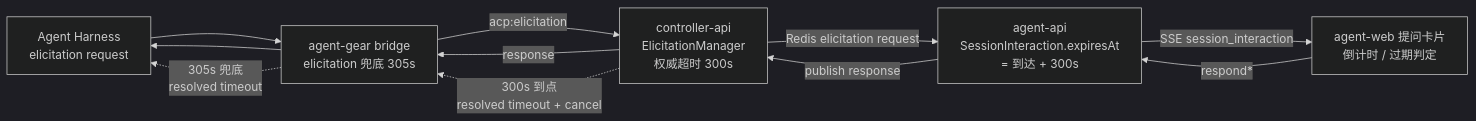
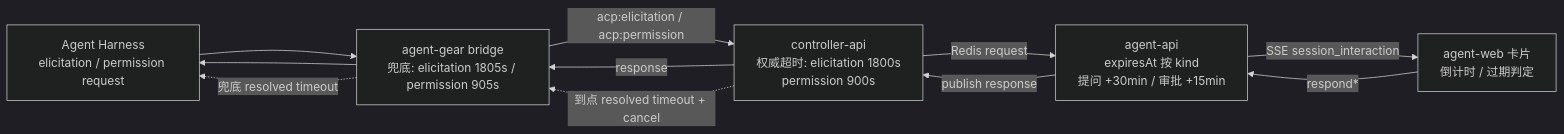
Before and after one commit to Deliay/z-agent-gear: the first of 3 diagrams in docs/engineering/proposals/20261127-fix-question-timeout-300s.md, drawn with Mermaid (dark theme). The commit also changed other lines of this file and 6 other files, not shown here.

````diff
--- a/docs/engineering/proposals/20261127-fix-question-timeout-300s.md
+++ b/docs/engineering/proposals/20261127-fix-question-timeout-300s.md
@@ -60,12 +63,12 @@
 ```mermaid
 graph LR
-    H[Agent Harness<br/>elicitation request] --> BG[agent-gear bridge<br/>elicitation 兜底 305s]
-    BG -->|acp:elicitation| CA[controller-api<br/>ElicitationManager<br/>权威超时 300s]
-    CA -->|Redis elicitation request| AI[agent-api<br/>SessionInteraction.expiresAt<br/>= 到达 + 300s]
-    AI -->|SSE session_interaction| U[agent-web 提问卡片<br/>倒计时 / 过期判定]
+    H[Agent Harness<br/>elicitation / permission request] --> BG[agent-gear bridge<br/>兜底: elicitation 1805s / permission 905s]
+    BG -->|acp:elicitation / acp:permission| CA[controller-api<br/>权威超时: elicitation 1800s<br/>permission 900s]
+    CA -->|Redis request| AI[agent-api<br/>expiresAt 按 kind<br/>提问 +30min / 审批 +15min]
+    AI -->|SSE session_interaction| U[agent-web 卡片<br/>倒计时 / 过期判定]
     U -->|respond*| AI
     AI -->|publish response| CA
     CA -->|response| BG --> H
-    CA -.->|300s 到点<br/>resolved timeout + cancel| BG
-    BG -.->|305s 兜底<br/>resolved timeout| H
+    CA -.->|到点 resolved timeout + cancel| BG
+    BG -.->|兜底 resolved timeout| H
 ```
````
